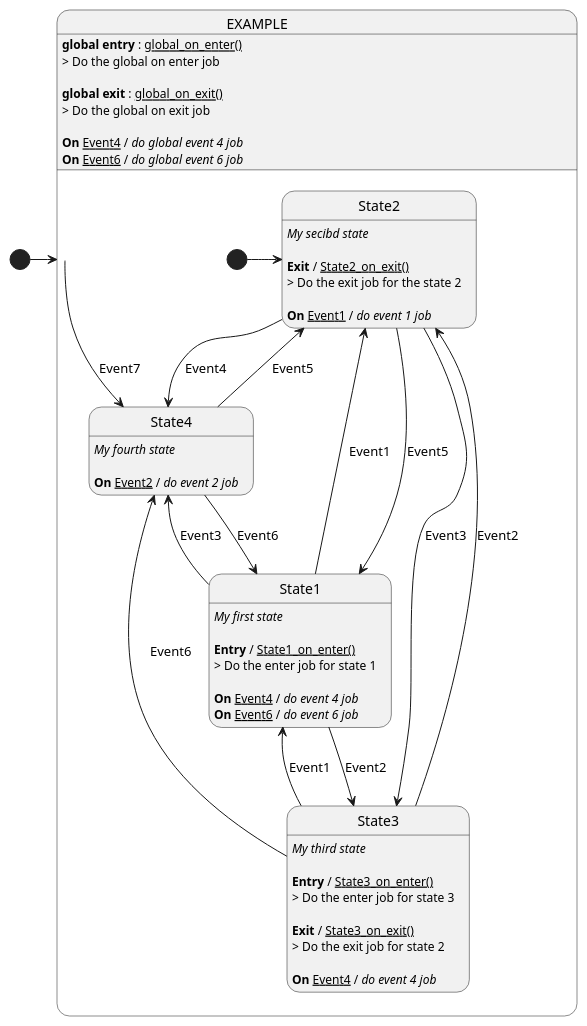
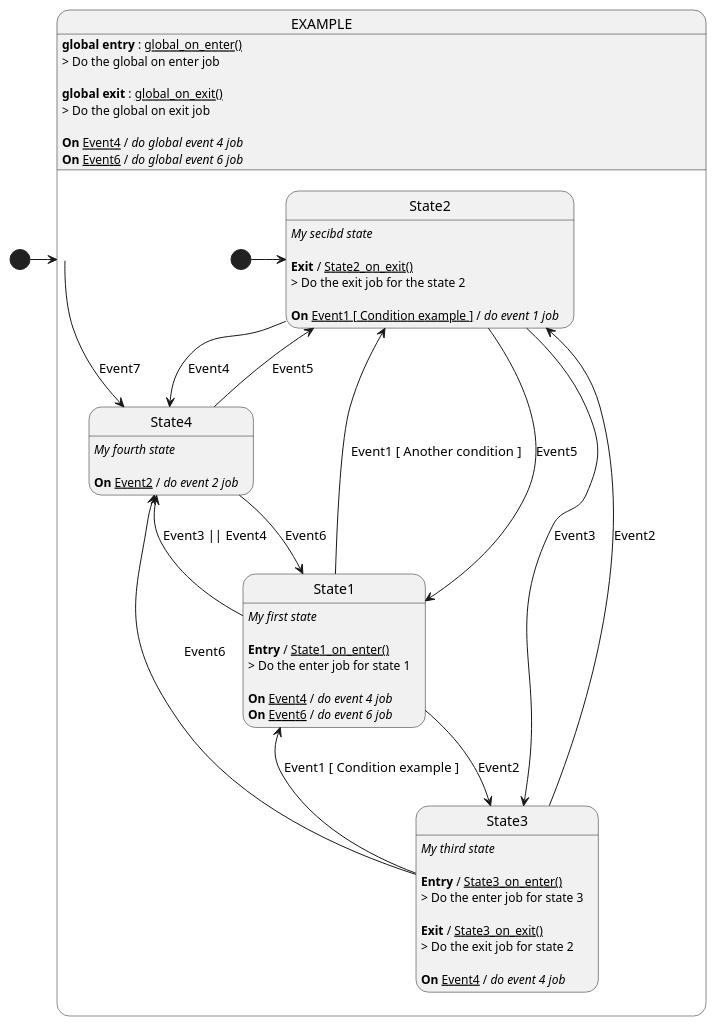
One commit to technosvitman/sm_gene changed the diagram in output/machine_example.plantuml. Above: the diagram before and after it, drawn with PlantUML. The commit also changed 35 other files, not shown here.

```diff
--- a/output/machine_example.plantuml
+++ b/output/machine_example.plantuml
@@ -2,72 +2,72 @@
 @startuml
 
 [*] -> EXAMPLE
 state EXAMPLE{
 EXAMPLE : **global entry** : __global_on_enter()__
 EXAMPLE : > Do the global on enter job\n
 EXAMPLE : **global exit** : __global_on_exit()__
 EXAMPLE : > Do the global on exit job\n
 EXAMPLE --> State4 : Event7
 
 EXAMPLE : **On** __Event4__ / //do global event 4 job//
 
 EXAMPLE : **On** __Event6__ / //do global event 6 job//
 
 
 
 [*] -> State2
 
 State1 : //My first state//\n
 State1 : **Entry** / __State1_on_enter()__
 State1 : > Do the enter job for state 1\n
-State1 --> State2 : Event1
+State1 --> State2 : Event1 [ Another condition ]
 
 State1 --> State3 : Event2
 
-State1 --> State4 : Event3
+State1 --> State4 : Event3 || Event4
 
 State1 : **On** __Event4__ / //do event 4 job//
 
 State1 : **On** __Event6__ / //do event 6 job//
 
 
 
 State2 : //My secibd state//\n
 State2 : **Exit** / __State2_on_exit()__
 State2 : > Do the exit job for the state 2\n
 State2 --> State3 : Event3
 
 State2 --> State4 : Event4
 
 State2 --> State1 : Event5
 
-State2 : **On** __Event1__ / //do event 1 job//
+State2 : **On** __Event1 [ Condition example ]__ / //do event 1 job//
 
 
 
 State3 : //My third state//\n
 State3 : **Entry** / __State3_on_enter()__
 State3 : > Do the enter job for state 3\n
 State3 : **Exit** / __State3_on_exit()__
 State3 : > Do the exit job for state 2\n
 State3 --> State4 : Event6
 
 State3 --> State2 : Event2
 
-State3 --> State1 : Event1
+State3 --> State1 : Event1 [ Condition example ]
 
 State3 : **On** __Event4__ / //do event 4 job//
 
 
 
 State4 : //My fourth state//\n
 State4 --> State1 : Event6
 
 State4 --> State2 : Event5
 
 State4 : **On** __Event2__ / //do event 2 job//
 
 
 }
 
 @enduml
```
